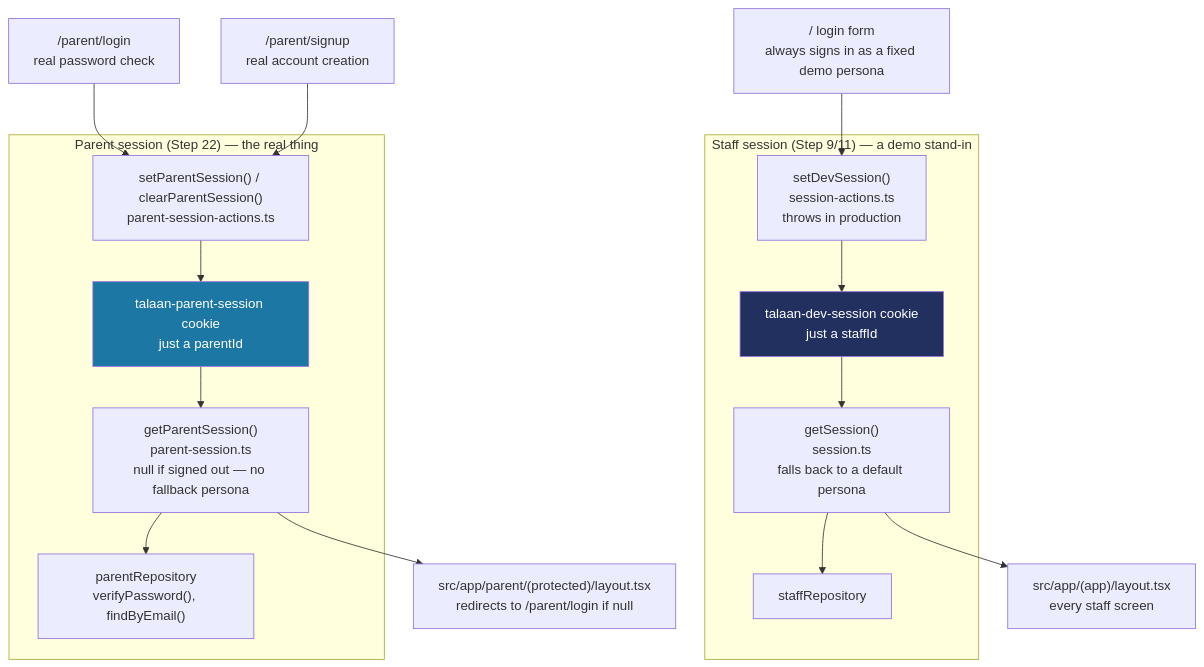
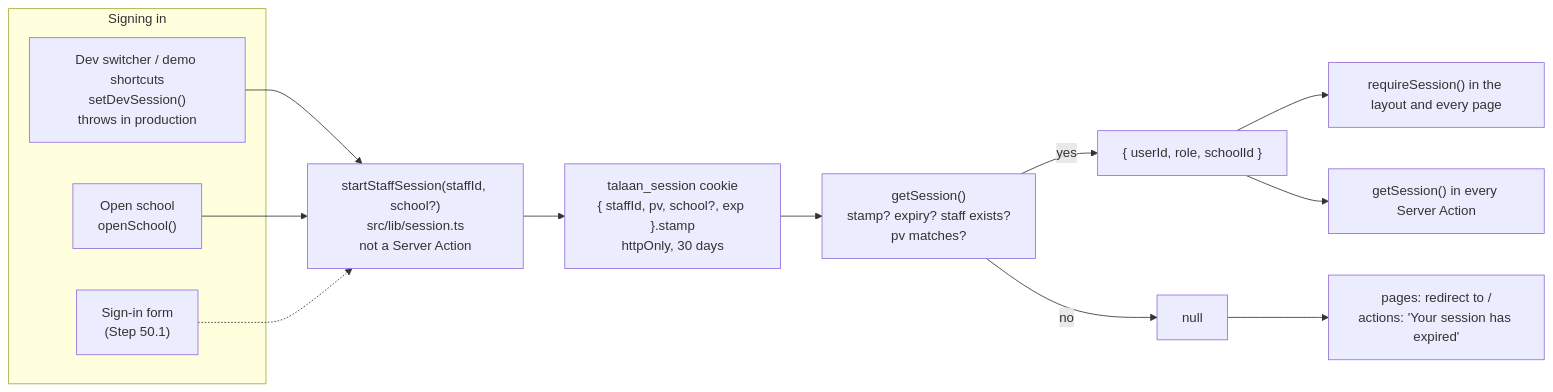
Before and after one commit to psmacabulos/talaan: the diagram in docs/AUTH.md, drawn with Mermaid. The commit also changed other lines of this file and 54 other files, not shown here.

Commit message:
feat(auth): signed staff session cookie, and signed out by default

````diff
--- a/docs/AUTH.md
+++ b/docs/AUTH.md
@@ -7,32 +16,18 @@
 ```mermaid
-flowchart TB
-    subgraph staff["Staff session (Step 9/11) — a demo stand-in"]
-        StaffCookie["talaan-dev-session cookie<br/>just a staffId"]
-        SetDevSession["setDevSession()<br/>session-actions.ts<br/>throws in production"]
-        GetSession["getSession()<br/>session.ts<br/>falls back to a default persona"]
-        StaffRepo["staffRepository"]
+flowchart LR
+    subgraph start["Signing in"]
+        Dev["Dev switcher / demo shortcuts<br/>setDevSession()<br/>throws in production"]
+        Open["Open school<br/>openSchool()"]
+        Form["Sign-in form<br/>(Step 50.1)"]
     end
-
-    subgraph parent["Parent session (Step 22) — the real thing"]
-        ParentCookie["talaan-parent-session cookie<br/>just a parentId"]
-        SetParentSession["setParentSession() / clearParentSession()<br/>parent-session-actions.ts"]
-        GetParentSession["getParentSession()<br/>parent-session.ts<br/>null if signed out — no fallback persona"]
-        ParentRepo["parentRepository<br/>verifyPassword(), findByEmail()"]
-    end
-
-    LoginForm["/ login form<br/>always signs in as a fixed demo persona"] --> SetDevSession
-    SetDevSession --> StaffCookie
-    StaffCookie --> GetSession
-    GetSession --> StaffRepo
-    GetSession --> AppLayout["src/app/(app)/layout.tsx<br/>every staff screen"]
-
-    ParentLoginForm["/parent/login<br/>real password check"] --> SetParentSession
-    ParentSignupForm["/parent/signup<br/>real account creation"] --> SetParentSession
-    SetParentSession --> ParentCookie
-    ParentCookie --> GetParentSession
-    GetParentSession --> ParentRepo
-    GetParentSession --> ParentLayout["src/app/parent/(protected)/layout.tsx<br/>redirects to /parent/login if null"]
-
-    style StaffCookie fill:#223060,color:#fff
-    style ParentCookie fill:#1C77A5,color:#fff
+    Dev --> Start["startStaffSession(staffId, school?)<br/>src/lib/session.ts<br/>not a Server Action"]
+    Open --> Start
+    Form -.-> Start
+    Start --> Cookie["talaan_session cookie<br/>{ staffId, pv, school?, exp }.stamp<br/>httpOnly, 30 days"]
+    Cookie --> Get["getSession()<br/>stamp? expiry? staff exists?<br/>pv matches?"]
+    Get -->|yes| Session["{ userId, role, schoolId }"]
+    Get -->|no| Null["null"]
+    Session --> Pages["requireSession() in the layout and every page"]
+    Session --> Actions["getSession() in every Server Action"]
+    Null --> Login["pages: redirect to /<br/>actions: 'Your session has expired'"]
 ```
````
